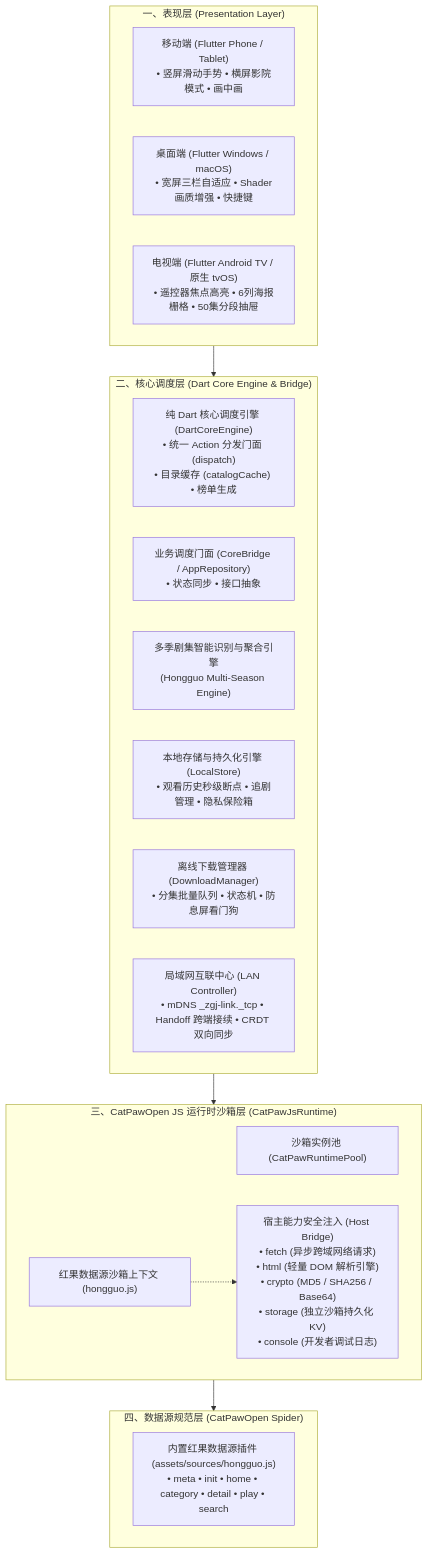
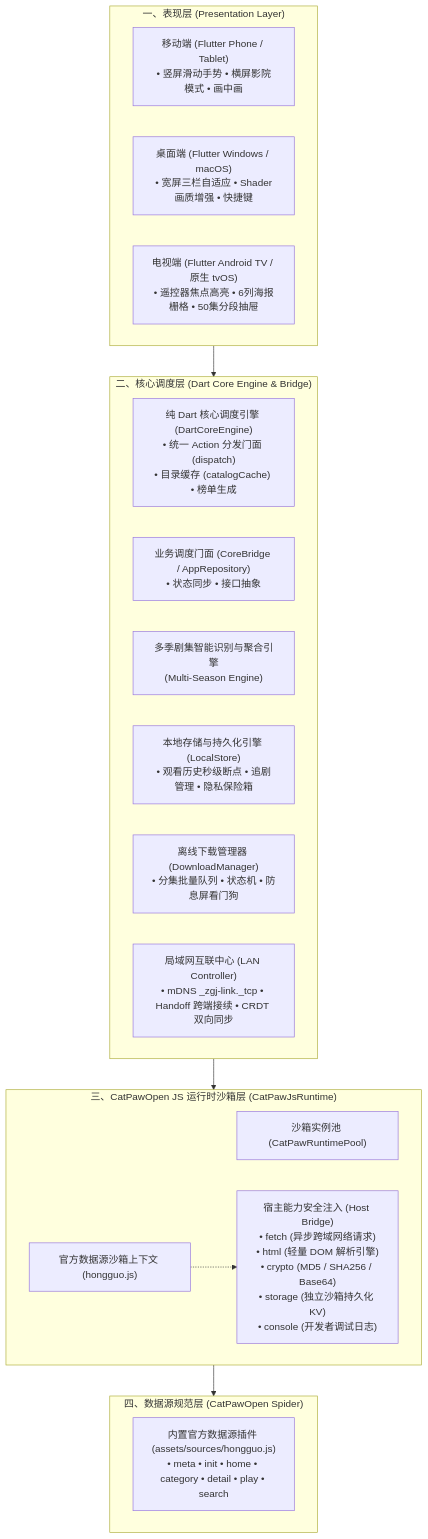
Before and after one commit to never88gone/THLRedGuo: the first of 2 diagrams in PRD/1.0.0_PRD.md, drawn with Mermaid. The commit also changed other lines of this file and 50 other files, not shown here.

````diff
--- a/PRD/1.0.0_PRD.md
+++ b/PRD/1.0.0_PRD.md
@@ -29,32 +29,32 @@
 ```mermaid
 flowchart TD
     subgraph Presentation["一、表现层 (Presentation Layer)"]
         MobileUI["移动端 (Flutter Phone / Tablet)\n• 竖屏滑动手势 • 横屏影院模式 • 画中画"]
         DesktopUI["桌面端 (Flutter Windows / macOS)\n• 宽屏三栏自适应 • Shader画质增强 • 快捷键"]
         TVUI["电视端 (Flutter Android TV / 原生 tvOS)\n• 遥控器焦点高亮 • 6列海报栅格 • 50集分段抽屉"]
     end
 
     subgraph CoreEngineLayer["二、核心调度层 (Dart Core Engine & Bridge)"]
         DartCoreEngine["纯 Dart 核心调度引擎 (DartCoreEngine)\n• 统一 Action 分发门面 (dispatch)\n• 目录缓存 (catalogCache) • 榜单生成"]
         CoreBridge["业务调度门面 (CoreBridge / AppRepository)\n• 状态同步 • 接口抽象"]
-        HongguoSeries["多季剧集智能识别与聚合引擎\n(Hongguo Multi-Season Engine)"]
+        HongguoSeries["多季剧集智能识别与聚合引擎\n(Multi-Season Engine)"]
         LocalStore["本地存储与持久化引擎 (LocalStore)\n• 观看历史秒级断点 • 追剧管理 • 隐私保险箱"]
         DownloadManager["离线下载管理器 (DownloadManager)\n• 分集批量队列 • 状态机 • 防息屏看门狗"]
         LanSync["局域网互联中心 (LAN Controller)\n• mDNS _zgj-link._tcp • Handoff 跨端接续 • CRDT 双向同步"]
     end
 
     subgraph SandboxLayer["三、CatPawOpen JS 运行时沙箱层 (CatPawJsRuntime)"]
         RuntimePool["沙箱实例池 (CatPawRuntimePool)"]
-        ActiveRuntime["红果数据源沙箱上下文 (hongguo.js)"]
+        ActiveRuntime["官方数据源沙箱上下文 (hongguo.js)"]
         HostBridge["宿主能力安全注入 (Host Bridge)\n• fetch (异步跨域网络请求)\n• html (轻量 DOM 解析引擎)\n• crypto (MD5 / SHA256 / Base64)\n• storage (独立沙箱持久化 KV)\n• console (开发者调试日志)"]
     end
 
     subgraph SourceLayer["四、数据源规范层 (CatPawOpen Spider)"]
-        HongguoSpider["内置红果数据源插件 (assets/sources/hongguo.js)\n• meta • init • home • category • detail • play • search"]
+        HongguoSpider["内置官方数据源插件 (assets/sources/hongguo.js)\n• meta • init • home • category • detail • play • search"]
     end
 
     Presentation --> CoreEngineLayer
     CoreEngineLayer --> SandboxLayer
     SandboxLayer --> SourceLayer
     ActiveRuntime -.-> HostBridge
 ```
````
